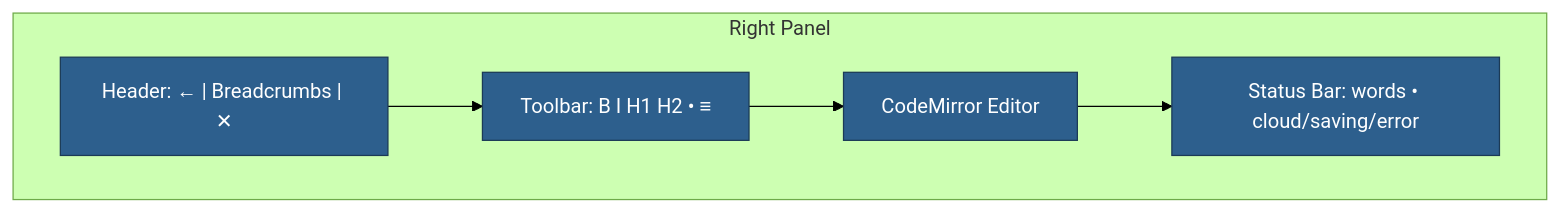
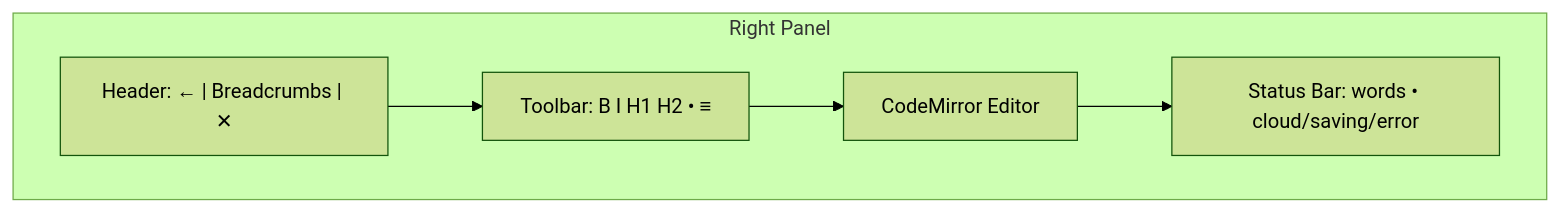
Before and after one commit to haowjy/meridian-flow: the diagram in _docs/technical/frontend/editor-ui-overview.md, drawn with Mermaid (forest theme). The commit also changed 46 other files, not shown here.

````diff
--- a/_docs/technical/frontend/editor-ui-overview.md
+++ b/_docs/technical/frontend/editor-ui-overview.md
@@ -13,14 +13,13 @@
 ```mermaid
 flowchart TB
   subgraph "Right Panel"
     Header["Header: ← | Breadcrumbs | ✕"]
     Toolbar["Toolbar: B I H1 H2 • ≡"]
     Editor["CodeMirror Editor"]
     Status["Status Bar: words • cloud/saving/error"]
   end
 
   Header --> Toolbar --> Editor --> Status
 
-  classDef ui fill:#2d5f8d,stroke:#1b3a56,color:#fff
   class Header,Toolbar,Editor,Status ui
 ```
````
